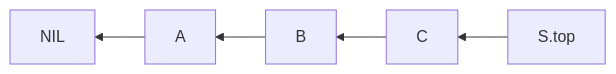
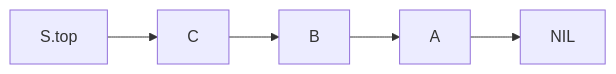
Before and after one commit to Eurydia/notes-singularity: the ninth of 15 diagrams in Computer science/Data structures/Stack.md, drawn with Mermaid. The commit also changed other lines of this file and 4 other files, not shown here.

````diff
--- a/Computer science/Data structures/Stack.md
+++ b/Computer science/Data structures/Stack.md
@@ -75,4 +75,4 @@
-	```mermaid
-	flowchart RL
-		S.top-->C-->B-->A-->NIL
-	```
+```mermaid
+flowchart LR
+	S.top-->C-->B-->A-->NIL
+```
````
